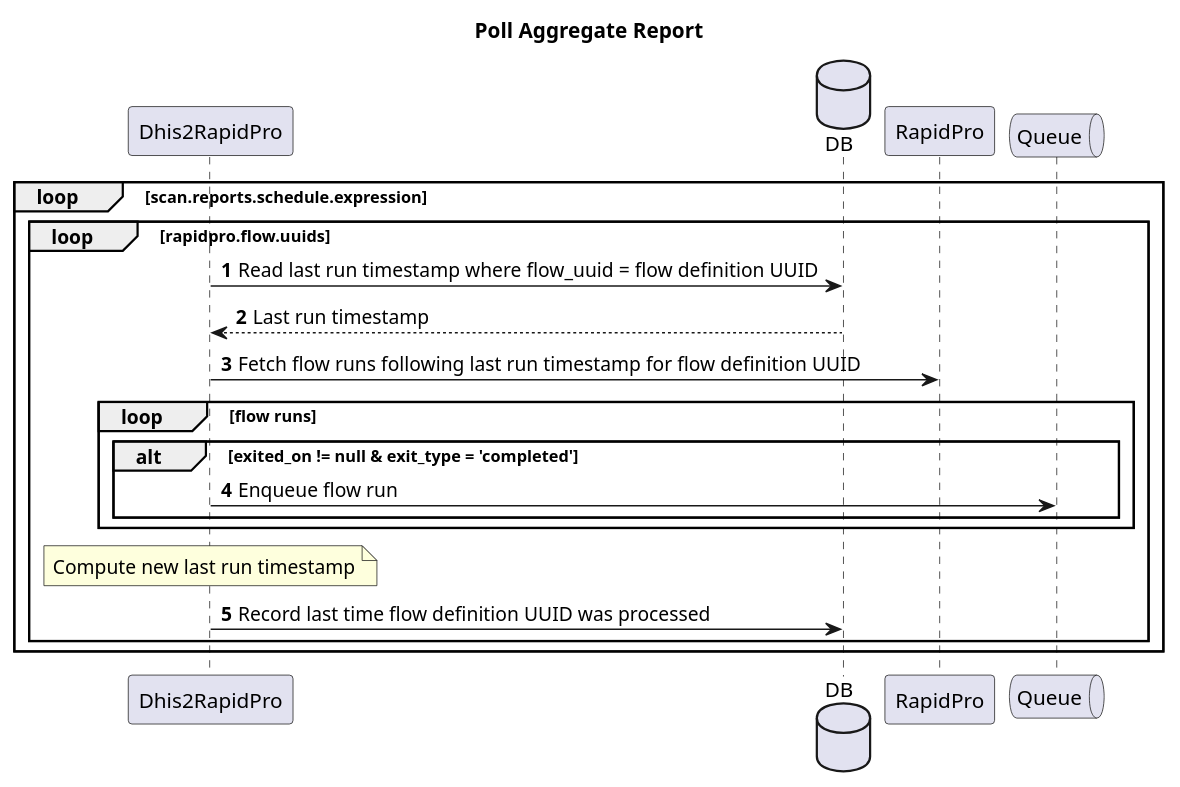
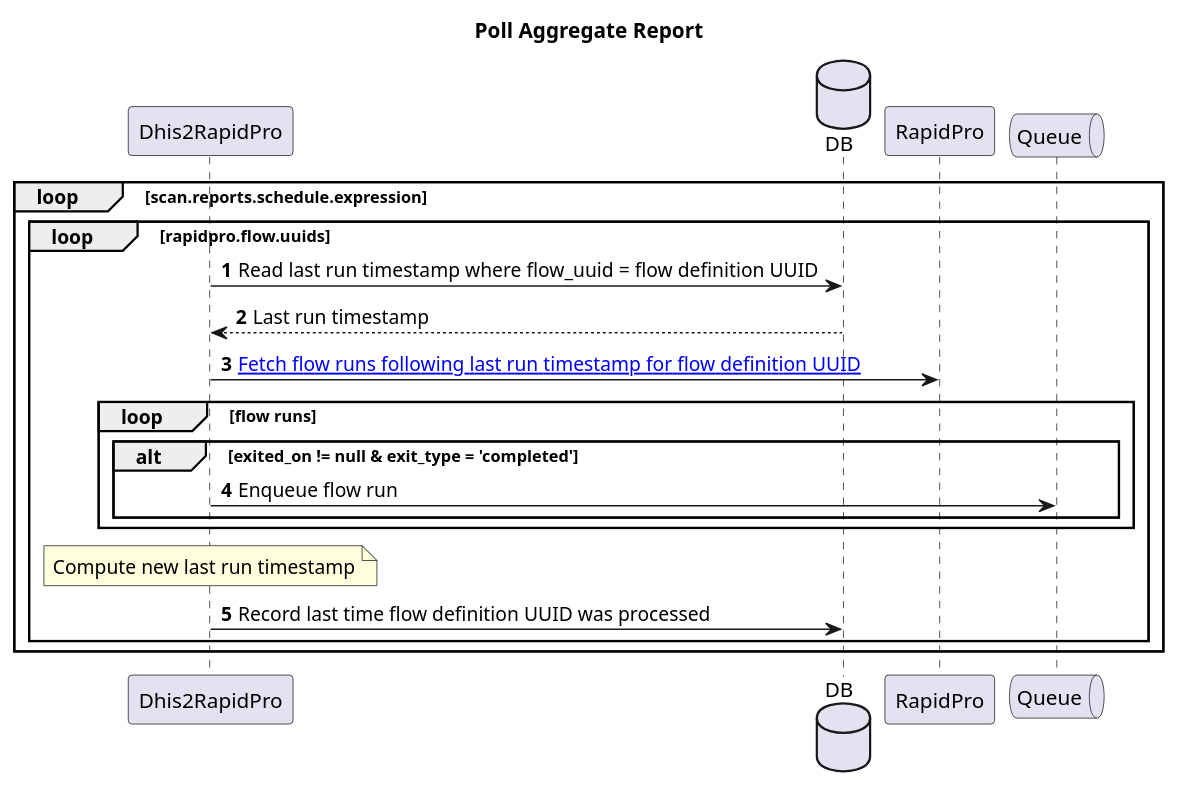
Before and after one commit to dhis2/integration-dhis-rapidpro: the diagram in design/plantuml/poll-aggr-report.puml, drawn with PlantUML. The commit also changed 4 other files, not shown here.

```diff
--- a/design/plantuml/poll-aggr-report.puml
+++ b/design/plantuml/poll-aggr-report.puml
@@ -1,23 +1,24 @@
 @startuml
 title Poll Aggregate Report
 participant Dhis2RapidPro as Dhis2RapidPro
 database DB
 participant RapidPro as RapidPro
 queue Queue
 autonumber
 skinparam responseMessageBelowArrow true
+
 loop scan.reports.schedule.expression
     loop rapidpro.flow.uuids
         Dhis2RapidPro -> DB: Read last run timestamp where flow_uuid = flow definition UUID
         DB --> Dhis2RapidPro: Last run timestamp
-        Dhis2RapidPro -> RapidPro: Fetch flow runs following last run timestamp for flow definition UUID
+        Dhis2RapidPro -> RapidPro: [[https://rapidpro.io/api/v2/runs Fetch flow runs following last run timestamp for flow definition UUID]]
         loop flow runs
             alt exited_on != null & exit_type = 'completed'
                 Dhis2RapidPro -> Queue: Enqueue flow run
             end
         end
         note over Dhis2RapidPro: Compute new last run timestamp
         Dhis2RapidPro -> DB: Record last time flow definition UUID was processed
     end
 end
 @enduml
```
